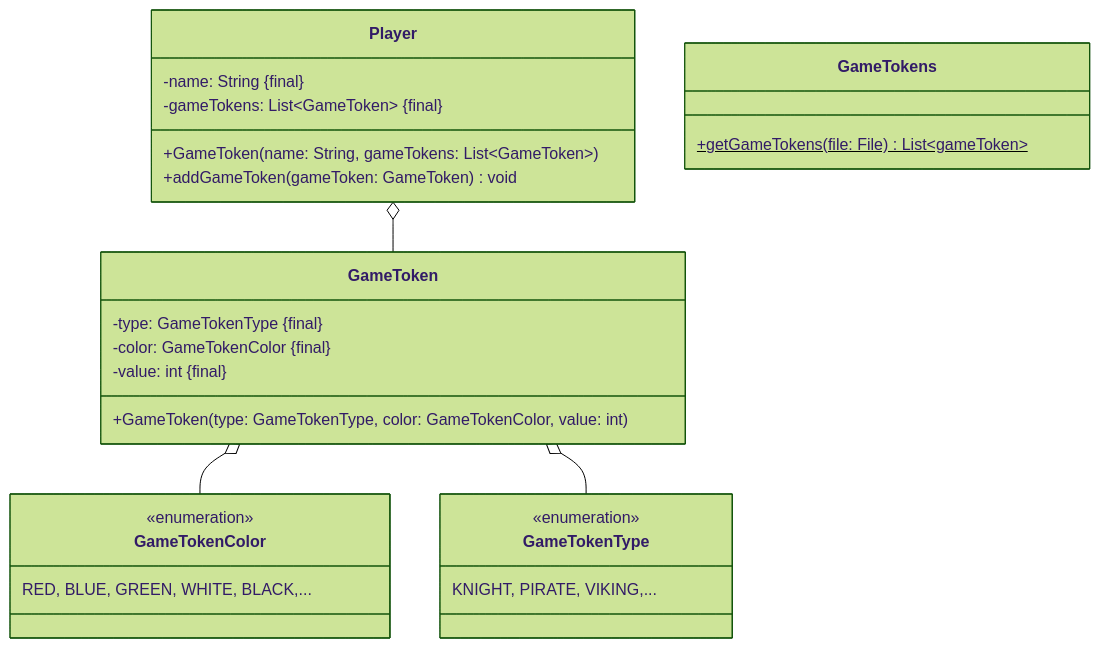
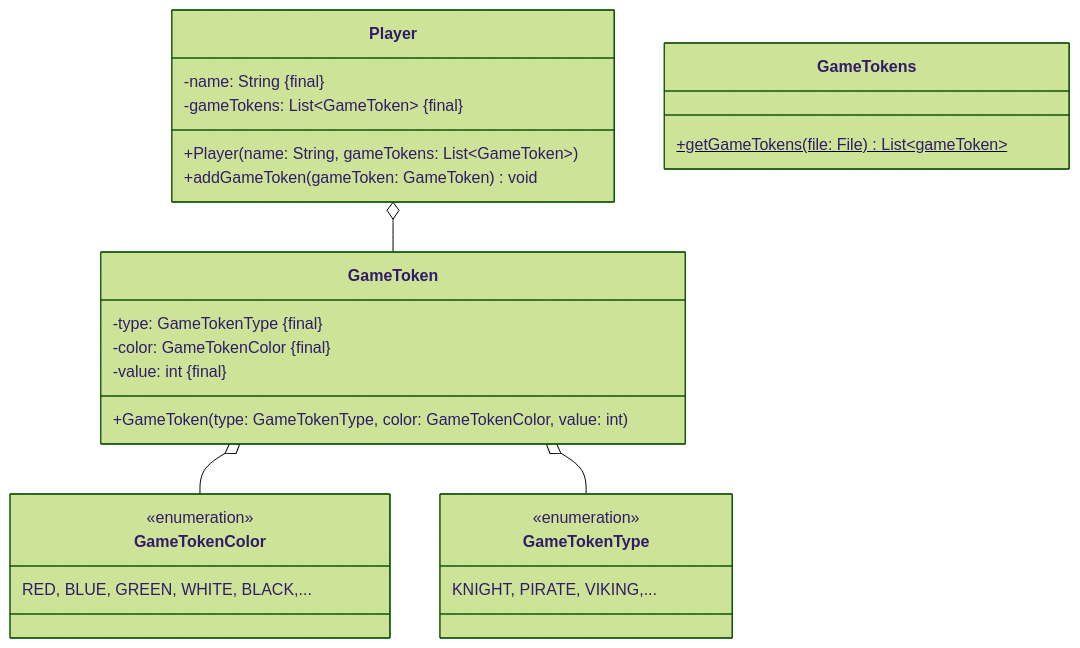
Before and after one commit to jappuccini/java-docs: the diagram in docs/exam-exercises/exam-exercises-java1/class-diagrams/player.md, drawn with Mermaid (forest theme). The commit also changed 2 other files, not shown here.

Commit message:
Fix Descriptions and Mermaids (#374)

````diff
--- a/docs/exam-exercises/exam-exercises-java1/class-diagrams/player.md
+++ b/docs/exam-exercises/exam-exercises-java1/class-diagrams/player.md
@@ -12,29 +12,29 @@
 ```mermaid
 classDiagram
    Player o-- GameToken
    GameToken o-- GameTokenColor
    GameToken o-- GameTokenType
    class Player {
       -name: String #123;final#125;
       -gameTokens: List~GameToken~ #123;final#125;
-      +GameToken(name: String, gameTokens: List~GameToken~)
+      +Player(name: String, gameTokens: List~GameToken~)
       +addGameToken(gameToken: GameToken) void
    }
    class GameToken {
       -type: GameTokenType #123;final#125;
       -color: GameTokenColor #123;final#125;
       -value: int #123;final#125;
       +GameToken(type: GameTokenType, color: GameTokenColor, value: int)
    }
    class GameTokenColor {
       <<enumeration>>
       RED, BLUE, GREEN, WHITE, BLACK,...
    }
    class GameTokenType {
       <<enumeration>>
       KNIGHT, PIRATE, VIKING,...
    }
    class GameTokens {
       +getGameTokens(file: File) List~gameToken~$
    }
 ```
````
